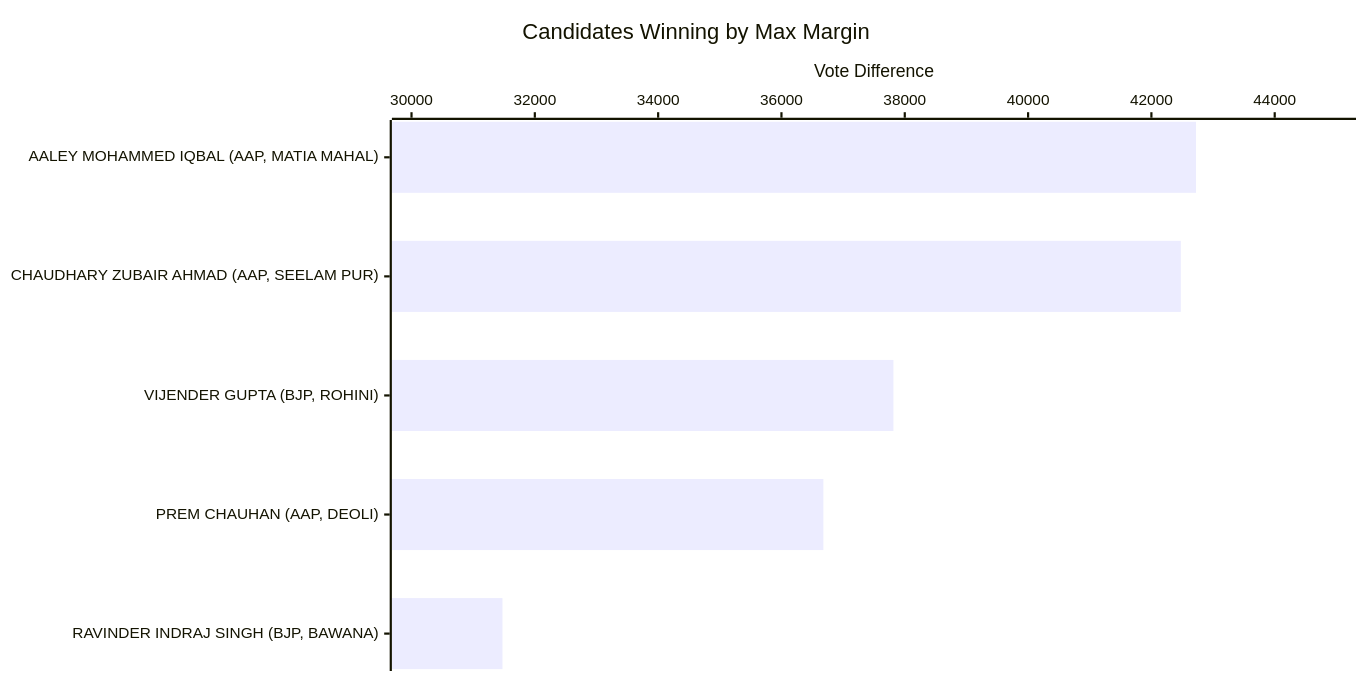
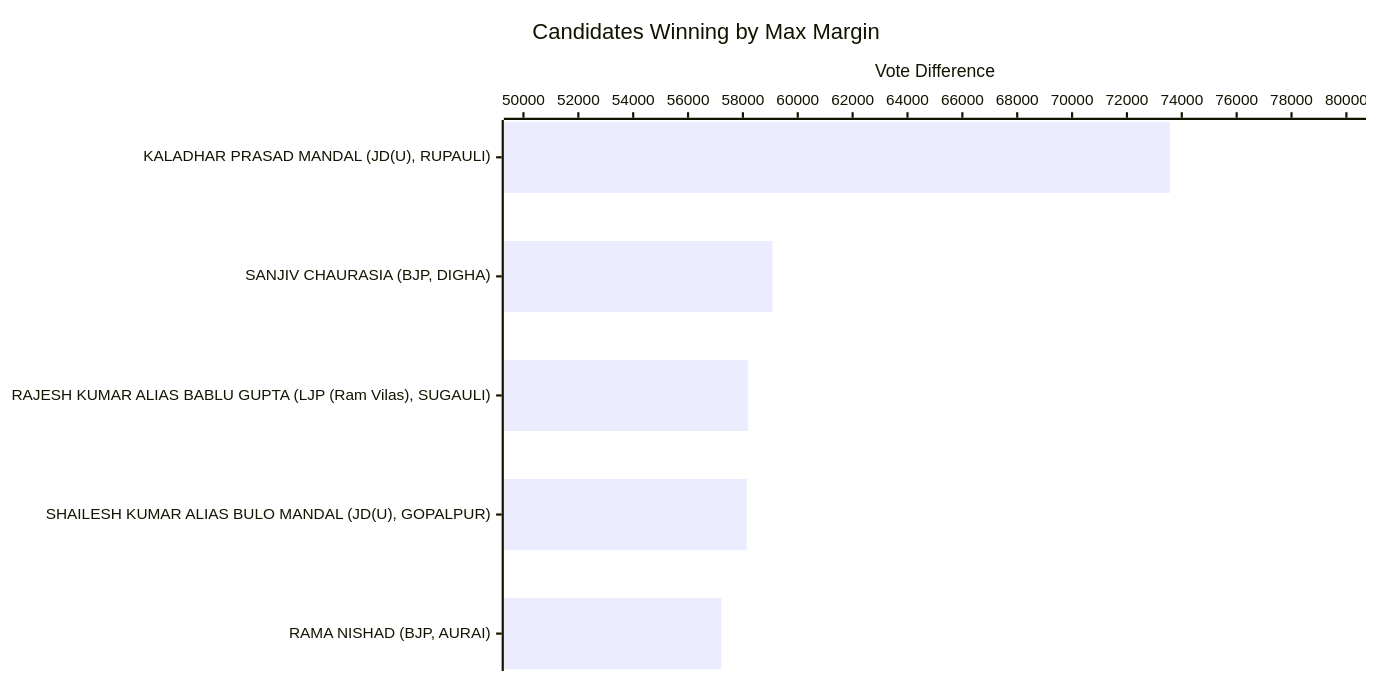
The fifth of 23 diagrams in BIHAR-GRAPH.md (arjunswaj/elections), drawn with Mermaid before and after one commit. The commit also changed other lines of this file and 5 other files, not shown here.

````diff
--- a/BIHAR-GRAPH.md
+++ b/BIHAR-GRAPH.md
@@ -131,17 +131,17 @@
 ```mermaid
 ---
 config:
     xyChart:
         width: 1200
         height: 600
         chartOrientation: horizontal
         dataLabels:
             enabled: true
             placement: end
 ---
 xychart-beta
     title "Candidates Winning by Max Margin"
-    x-axis ["AALEY MOHAMMED IQBAL (AAP, MATIA MAHAL)", "CHAUDHARY ZUBAIR AHMAD (AAP, SEELAM PUR)", "VIJENDER GUPTA (BJP, ROHINI)", "PREM CHAUHAN (AAP, DEOLI)", "RAVINDER INDRAJ SINGH (BJP, BAWANA)"]
-    y-axis "Vote Difference" 30000 --> 45000
-    bar [42724, 42477, 37816, 36680, 31475]
+    x-axis ["KALADHAR PRASAD MANDAL (JD(U), RUPAULI)", "SANJIV CHAURASIA (BJP, DIGHA)", "RAJESH KUMAR ALIAS BABLU GUPTA (LJP (Ram Vilas), SUGAULI)", "SHAILESH KUMAR ALIAS BULO MANDAL (JD(U), GOPALPUR)", "RAMA NISHAD (BJP, AURAI)"]
+    y-axis "Vote Difference" 50000 --> 80000
+    bar [73572, 59079, 58191, 58135, 57206]
 ```
````
